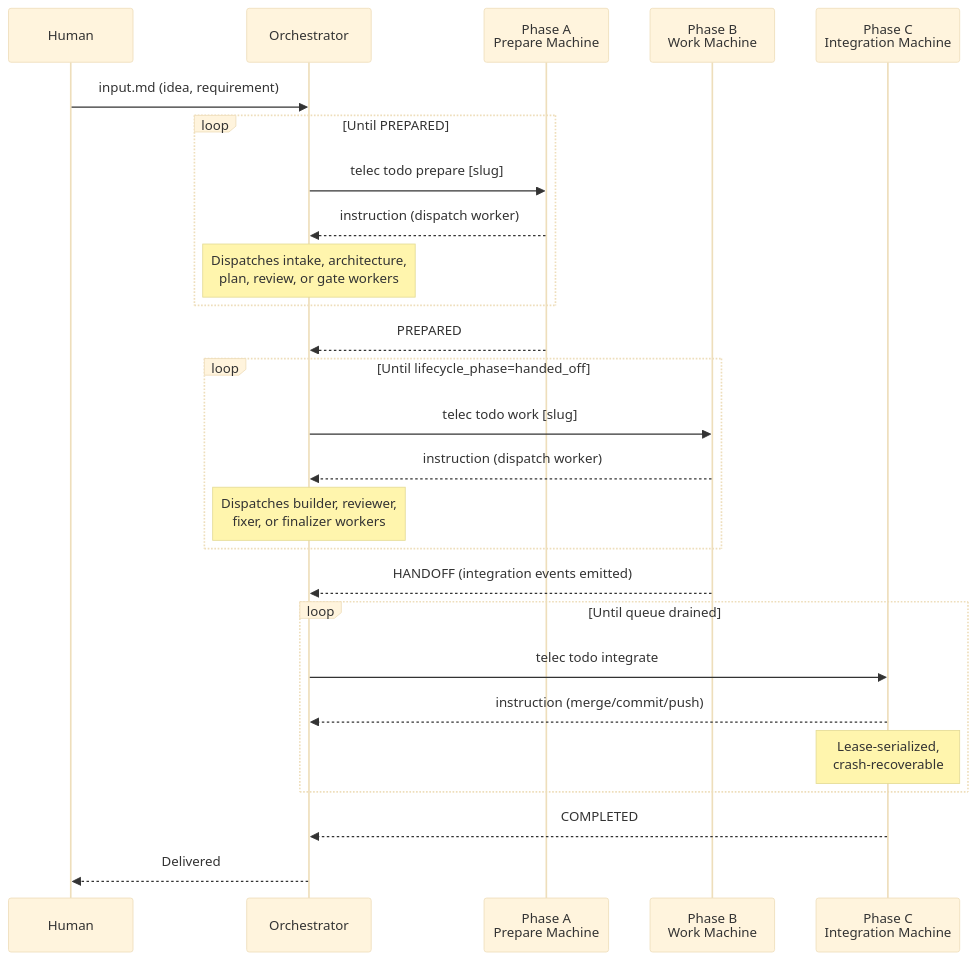
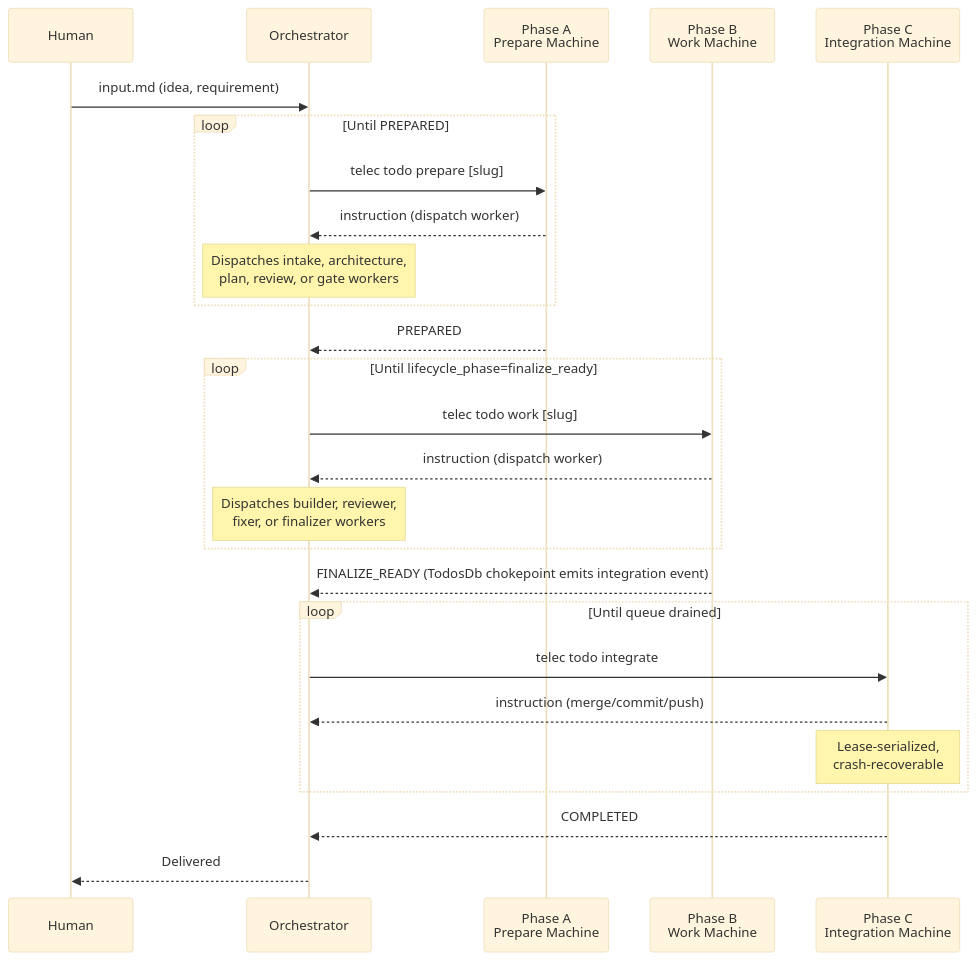
The second of 3 diagrams in docs/project/design/architecture/lifecycle-state-machines.md (InstruktAI/TeleClaude), drawn with Mermaid (base theme) before and after one commit. The commit also changed 38 other files, not shown here.

````diff
--- a/docs/project/design/architecture/lifecycle-state-machines.md
+++ b/docs/project/design/architecture/lifecycle-state-machines.md
@@ -105,32 +105,32 @@
 ```mermaid
 sequenceDiagram
     participant Human
     participant Orchestrator
     participant Prepare as Phase A<br/>Prepare Machine
     participant Work as Phase B<br/>Work Machine
     participant Integrate as Phase C<br/>Integration Machine
 
     Human->>Orchestrator: input.md (idea, requirement)
 
     loop Until PREPARED
         Orchestrator->>Prepare: telec todo prepare [slug]
         Prepare-->>Orchestrator: instruction (dispatch worker)
         Note over Orchestrator: Dispatches intake, architecture,<br/>plan, review, or gate workers
     end
     Prepare-->>Orchestrator: PREPARED
 
-    loop Until lifecycle_phase=handed_off
+    loop Until lifecycle_phase=finalize_ready
         Orchestrator->>Work: telec todo work [slug]
         Work-->>Orchestrator: instruction (dispatch worker)
         Note over Orchestrator: Dispatches builder, reviewer,<br/>fixer, or finalizer workers
     end
-    Work-->>Orchestrator: HANDOFF (integration events emitted)
+    Work-->>Orchestrator: FINALIZE_READY (TodosDb chokepoint emits integration event)
 
     loop Until queue drained
         Orchestrator->>Integrate: telec todo integrate
         Integrate-->>Orchestrator: instruction (merge/commit/push)
         Note over Integrate: Lease-serialized,<br/>crash-recoverable
     end
     Integrate-->>Orchestrator: COMPLETED
     Orchestrator-->>Human: Delivered
 ```
````
